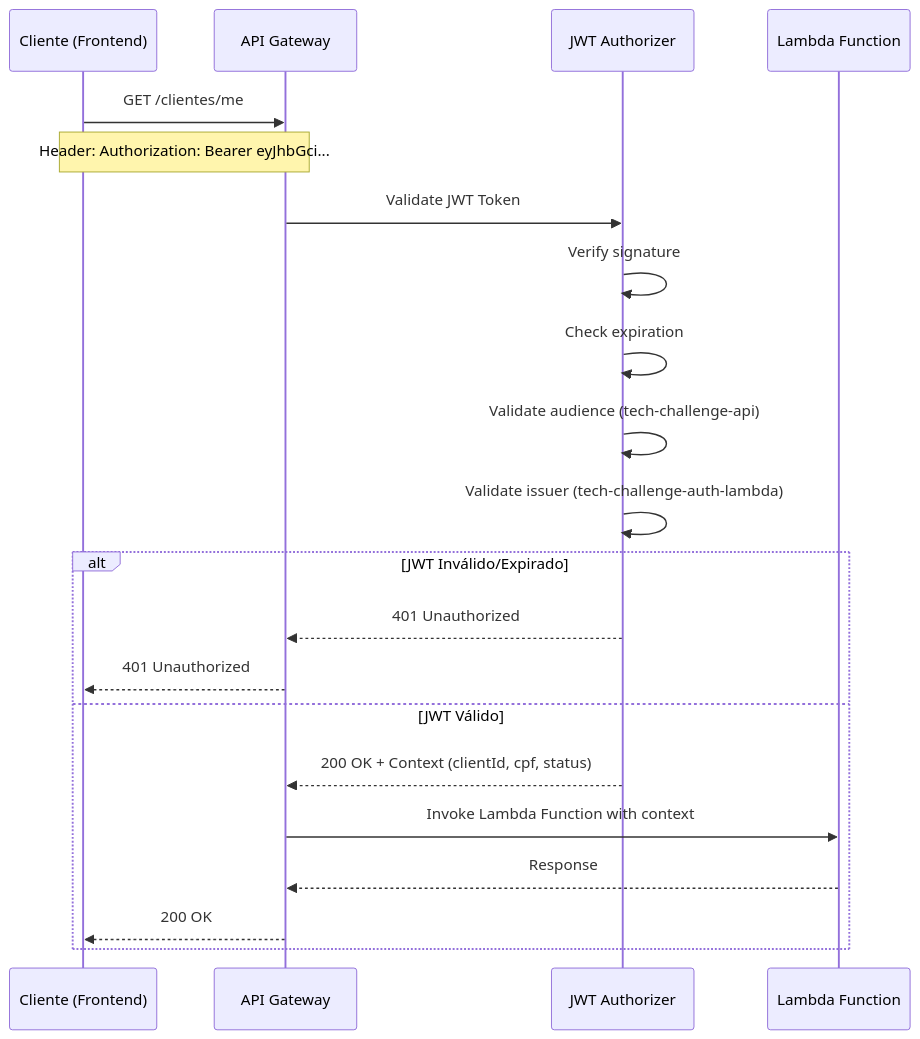
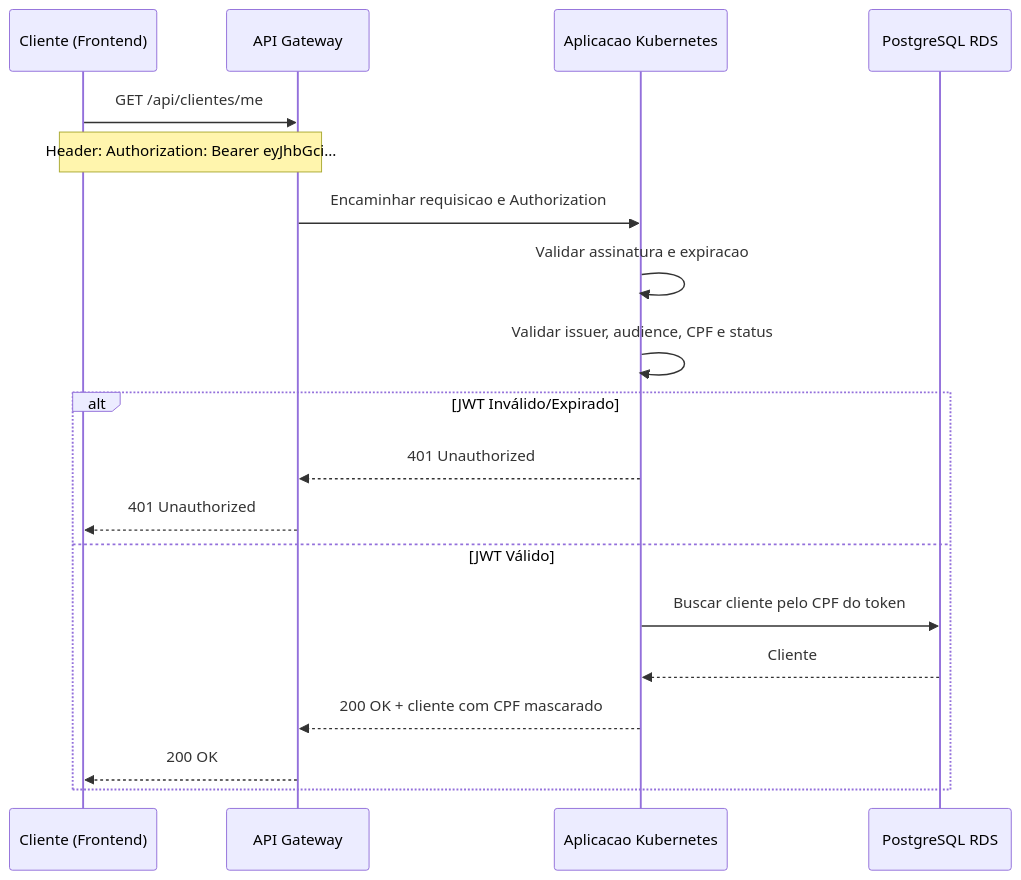
Before and after one commit to diogocarpio/f1rsters-tech-challenge-mecanica: the second of 2 diagrams in docs/authentication-sequence-diagram.md, drawn with Mermaid. The commit also changed other lines of this file and 16 other files, not shown here.

````diff
--- a/docs/authentication-sequence-diagram.md
+++ b/docs/authentication-sequence-diagram.md
@@ -48,26 +48,23 @@
 ```mermaid
 sequenceDiagram
     participant Cliente as Cliente (Frontend)
     participant APIGW as API Gateway
-    participant Authorizer as JWT Authorizer
-    participant Lambda as Lambda Function
+    participant App as Aplicacao Kubernetes
+    participant RDS as PostgreSQL RDS
 
-    Cliente->>APIGW: GET /clientes/me
+    Cliente->>APIGW: GET /api/clientes/me
     Note over Cliente,APIGW: Header: Authorization: Bearer eyJhbGci...
-    
-    APIGW->>Authorizer: Validate JWT Token
-    Authorizer->>Authorizer: Verify signature
-    Authorizer->>Authorizer: Check expiration
-    Authorizer->>Authorizer: Validate audience (tech-challenge-api)
-    Authorizer->>Authorizer: Validate issuer (tech-challenge-auth-lambda)
+    APIGW->>App: Encaminhar requisicao e Authorization
+    App->>App: Validar assinatura e expiracao
+    App->>App: Validar issuer, audience, CPF e status
     
     alt JWT Inválido/Expirado
-        Authorizer-->>APIGW: 401 Unauthorized
+        App-->>APIGW: 401 Unauthorized
         APIGW-->>Cliente: 401 Unauthorized
     else JWT Válido
-        Authorizer-->>APIGW: 200 OK + Context (clientId, cpf, status)
-        APIGW->>Lambda: Invoke Lambda Function with context
-        Lambda-->>APIGW: Response
+        App->>RDS: Buscar cliente pelo CPF do token
+        RDS-->>App: Cliente
+        App-->>APIGW: 200 OK + cliente com CPF mascarado
         APIGW-->>Cliente: 200 OK
     end
 ```
````
